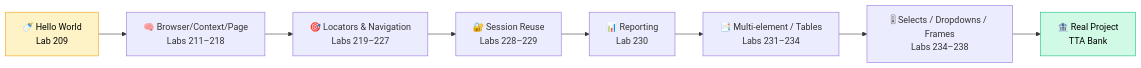
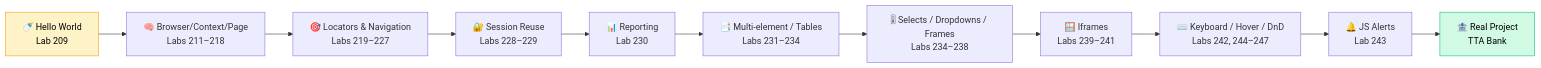
Before and after one commit to PramodDutta/LearningPlaywrightFundamentals: the first of 20 diagrams in README.md, drawn with Mermaid. The commit also changed other lines of this file and 13 other files, not shown here.

First line of the commit message:
feat: add modules 09-11 (iframes, keyboard/hover/DnD, JS alerts) and update README

````diff
--- a/README.md
+++ b/README.md
@@ -53,13 +56,16 @@
 ```mermaid
 flowchart LR
     A[🍼 Hello World<br/>Lab 209] --> B[🧠 Browser/Context/Page<br/>Labs 211–218]
     B --> C[🎯 Locators & Navigation<br/>Labs 219–227]
     C --> D[🔐 Session Reuse<br/>Labs 228–229]
     D --> E[📊 Reporting<br/>Lab 230]
     E --> F[📑 Multi-element / Tables<br/>Labs 231–234]
     F --> H[🎚 Selects / Dropdowns / Frames<br/>Labs 234–238]
-    H --> G[🏦 Real Project<br/>TTA Bank]
+    H --> I[🪟 Iframes<br/>Labs 239–241]
+    I --> J[⌨️ Keyboard / Hover / DnD<br/>Labs 242, 244–247]
+    J --> K[🔔 JS Alerts<br/>Lab 243]
+    K --> G[🏦 Real Project<br/>TTA Bank]
 
     style A fill:#fef3c7,stroke:#f59e0b,color:#000
     style G fill:#d1fae5,stroke:#10b981,color:#000
 ```
````
